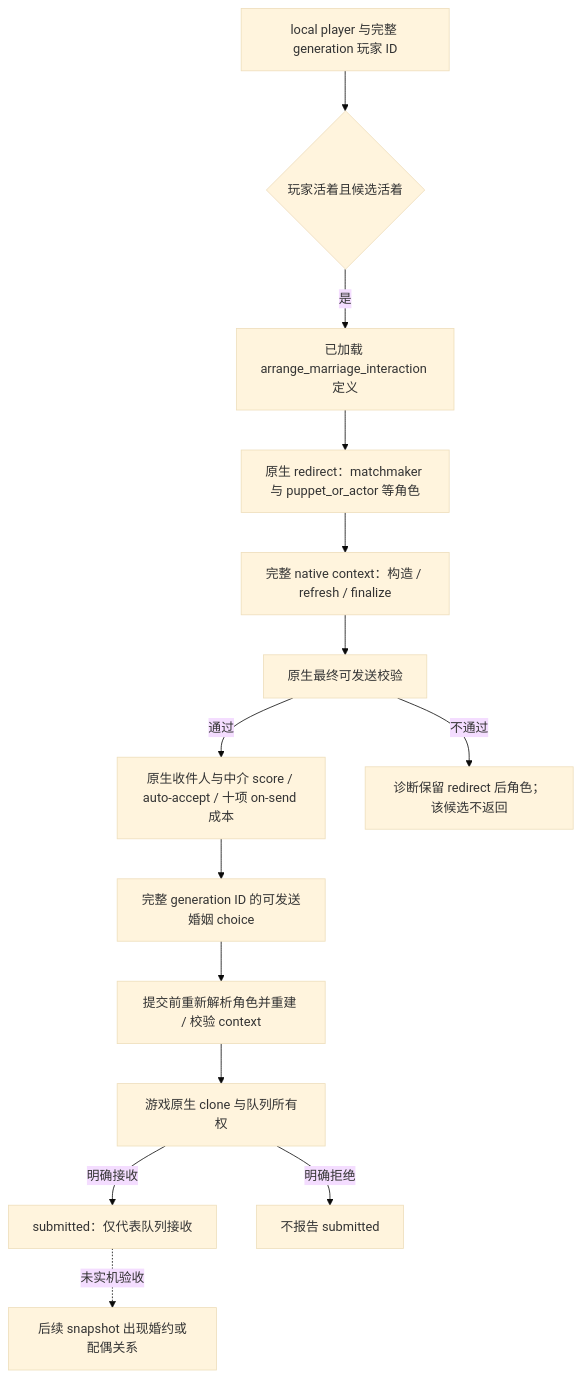
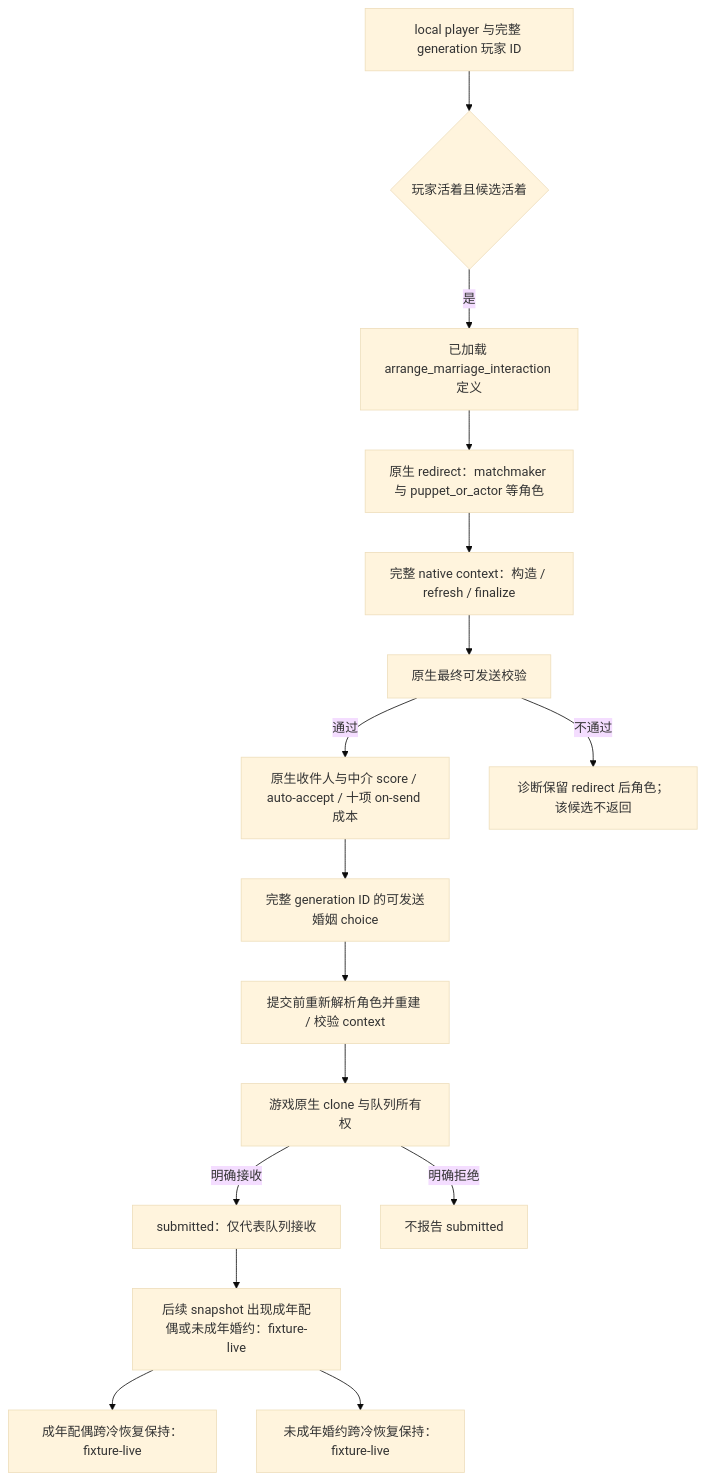
One commit to XenoAmess/ck3_eternal_recurrence changed the diagram in docs/ck3-native-ai/ck3-1.20.0.2-marriage.md. Above: the diagram before and after it, drawn with Mermaid (base theme). The commit also changed other lines of this file and 9 other files, not shown here.

````diff
--- a/docs/ck3-native-ai/ck3-1.20.0.2-marriage.md
+++ b/docs/ck3-native-ai/ck3-1.20.0.2-marriage.md
@@ -46,16 +46,18 @@
 ```mermaid
 flowchart TD
     Root[local player 与完整 generation 玩家 ID] --> Alive{玩家活着且候选活着}
     Alive -->|是| Definition[已加载 arrange_marriage_interaction 定义]
     Definition --> Redirect[原生 redirect：matchmaker 与 puppet_or_actor 等角色]
     Redirect --> Context[完整 native context：构造 / refresh / finalize]
     Context --> Legal[原生最终可发送校验]
     Legal -->|通过| Observe[原生收件人与中介 score / auto-accept / 十项 on-send 成本]
     Legal -->|不通过| Reject[诊断保留 redirect 后角色；该候选不返回]
     Observe --> Choice[完整 generation ID 的可发送婚姻 choice]
     Choice --> Submit[提交前重新解析角色并重建 / 校验 context]
     Submit --> Clone[游戏原生 clone 与队列所有权]
     Clone -->|明确接收| Queued[submitted：仅代表队列接收]
     Clone -->|明确拒绝| Unavailable[不报告 submitted]
-    Queued -. 未实机验收 .-> Postcondition[后续 snapshot 出现婚约或配偶关系]
+    Queued --> Postcondition[后续 snapshot 出现成年配偶或未成年婚约：fixture-live]
+    Postcondition --> AdultCold[成年配偶跨冷恢复保持：fixture-live]
+    Postcondition --> ChildCold[未成年婚约跨冷恢复保持：fixture-live]
 ```
````
